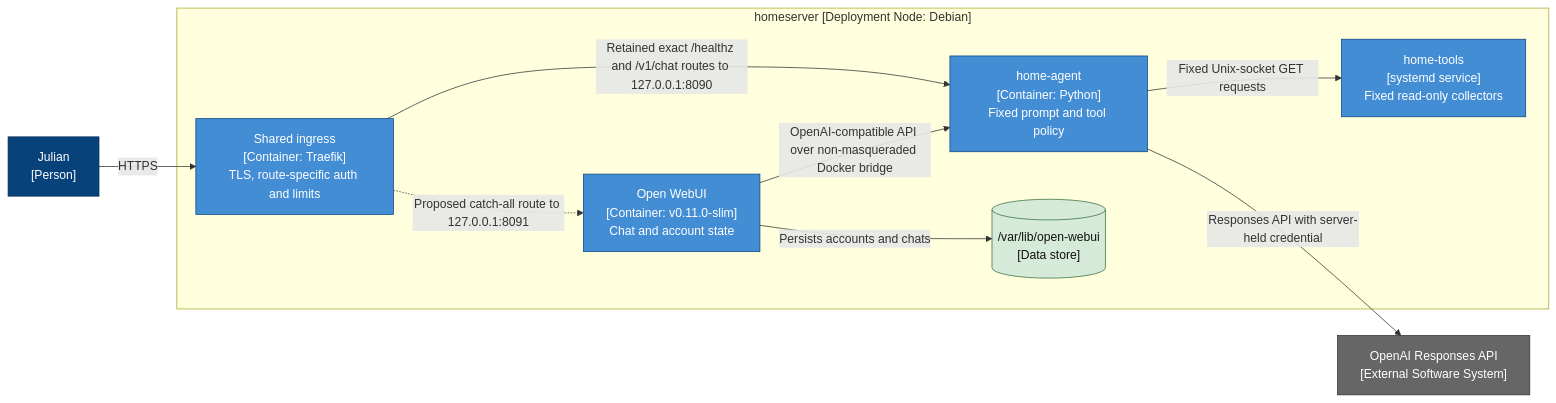
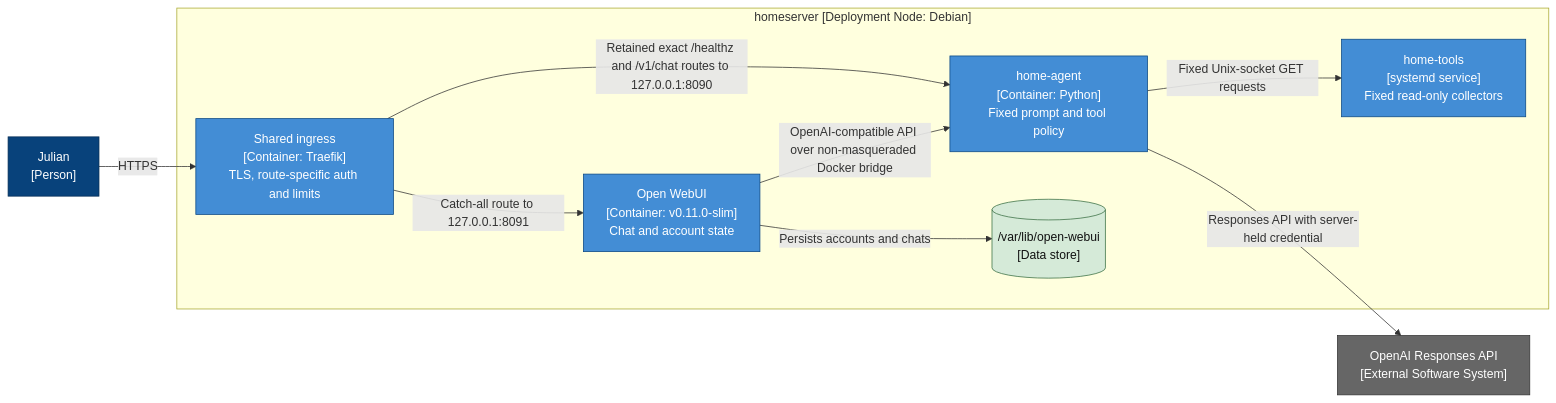
One commit to KandlerLi/home-infra-docs changed the diagram in docs/architecture/proposed/open-webui.md. Above: the diagram before and after it, drawn with Mermaid. The commit also changed other lines of this file and 9 other files, not shown here.

````diff
--- a/docs/architecture/proposed/open-webui.md
+++ b/docs/architecture/proposed/open-webui.md
@@ -7,31 +7,31 @@
 ```mermaid
 flowchart LR
     person["Julian<br/>[Person]"]
     openai["OpenAI Responses API<br/>[External Software System]"]
 
     subgraph host["homeserver [Deployment Node: Debian]"]
         ingress["Shared ingress<br/>[Container: Traefik]<br/>TLS, route-specific auth and limits"]
         webui["Open WebUI<br/>[Container: v0.11.0-slim]<br/>Chat and account state"]
         agent["home-agent<br/>[Container: Python]<br/>Fixed prompt and tool policy"]
         tools["home-tools<br/>[systemd service]<br/>Fixed read-only collectors"]
         webui_data[("/var/lib/open-webui<br/>[Data store]")]
     end
 
     person -->|"HTTPS"| ingress
-    ingress -.->|"Proposed catch-all route to 127.0.0.1:8091"| webui
+    ingress -->|"Catch-all route to 127.0.0.1:8091"| webui
     ingress -->|"Retained exact /healthz and /v1/chat routes to 127.0.0.1:8090"| agent
     webui -->|"OpenAI-compatible API over non-masqueraded Docker bridge"| agent
     webui -->|"Persists accounts and chats"| webui_data
     agent -->|"Responses API with server-held credential"| openai
     agent -->|"Fixed Unix-socket GET requests"| tools
 
     classDef person fill:#08427b,color:#fff,stroke:#052e56
     classDef external fill:#666,color:#fff,stroke:#333
     classDef current fill:#438dd5,color:#fff,stroke:#0b4884
     classDef proposed fill:#fff2cc,color:#111,stroke:#8a6d1d,stroke-dasharray: 5 5
     classDef datastore fill:#d5ead8,color:#111,stroke:#3b7044
     class person person
     class openai external
     class ingress,agent,webui,tools current
     class webui_data datastore
 ```
````
